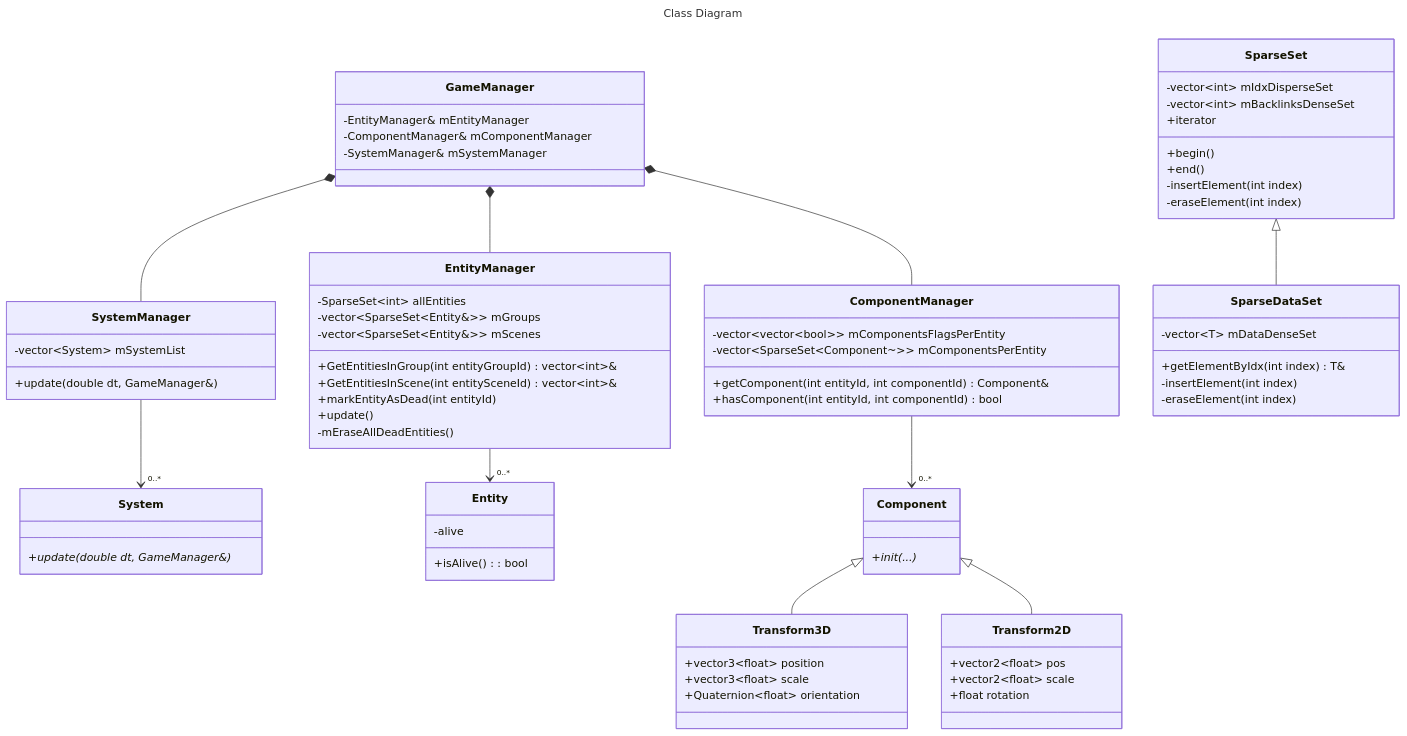
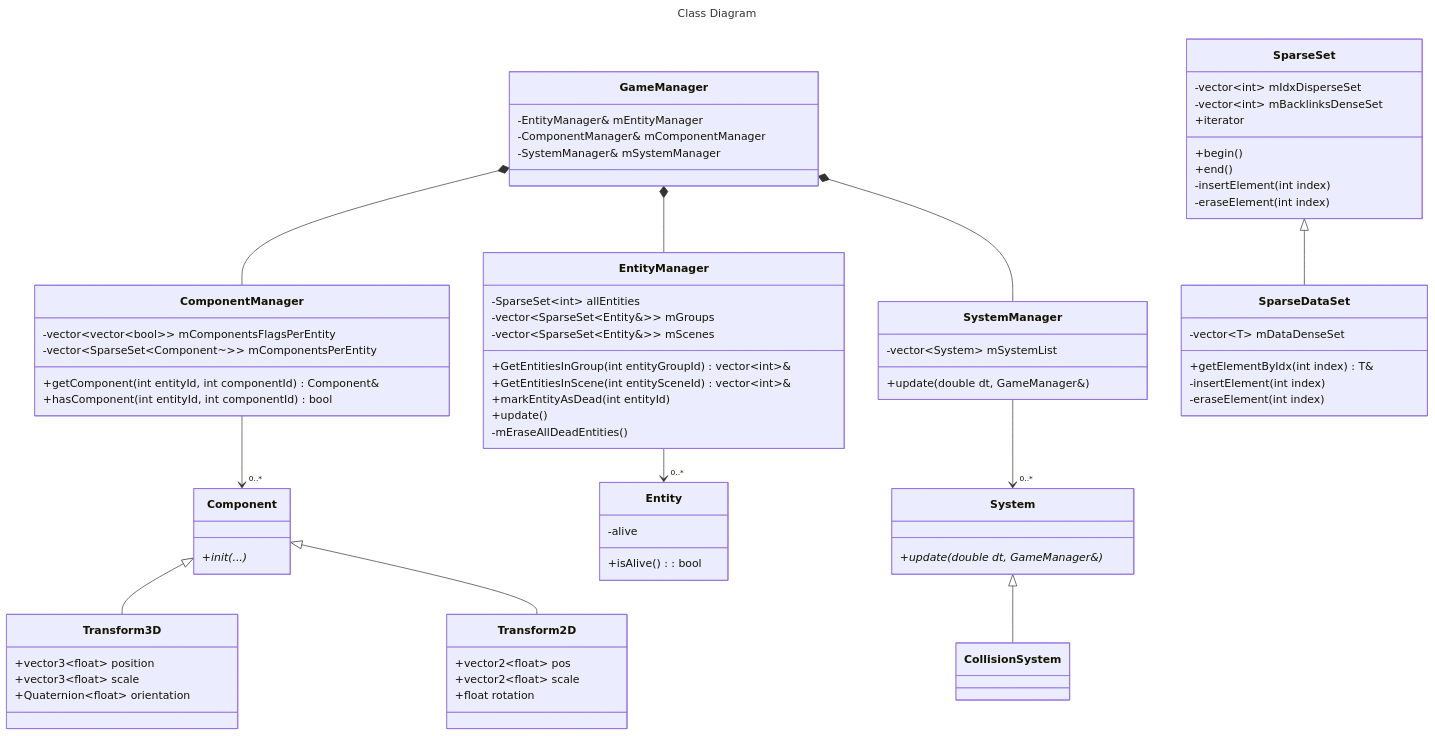
One commit to IzanDeVegaLopez/Proyectos3_GDV_2025_26 changed the second of 2 diagrams in documentation/architecture.md. Above: the diagram before and after it, drawn with Mermaid.

Commit message:
Add CollisionSystem to architecture documentation

````diff
--- a/documentation/architecture.md
+++ b/documentation/architecture.md
@@ -34,75 +34,76 @@
 ```mermaid
 ---
 title: Class Diagram
 ---
 classDiagram
 	GameManager *-- EntityManager
 	GameManager *-- ComponentManager
 	GameManager *-- SystemManager
 	SystemManager --> "0..*" System
 	EntityManager --> "0..*" Entity
 	ComponentManager --> "0..*" Component
 	Component <|-- Transform3D  
 	Component <|-- Transform2D
+	System <|-- CollisionSystem
 	SparseSet <|-- SparseDataSet
 	class Entity{
 		-alive
 		+isAlive() : bool
 	}
 	class Component{
 		+init(...)*
 	}
 	class SystemManager{
 		-vector~System~ mSystemList
 		+update(double dt, GameManager&)
 	}
 	class System{
 		+update(double dt, GameManager&)*
 	}
 	class ComponentManager{
 		-vector~vector~bool~~ mComponentsFlagsPerEntity
 		-vector~SparseSet~Component~~~ mComponentsPerEntity
 		+getComponent(int entityId, int componentId) Component&
 		+hasComponent(int entityId, int componentId) bool
 	}
 	class GameManager{
 		-EntityManager& mEntityManager
 		-ComponentManager& mComponentManager
 		-SystemManager& mSystemManager
 	}
     class EntityManager{
         -SparseSet~int~ allEntities
 		-vector~SparseSet~Entity&~~ mGroups
 		-vector~SparseSet~Entity&~~ mScenes
 		+GetEntitiesInGroup(int entityGroupId) vector~int~&
 		+GetEntitiesInScene(int entitySceneId) vector~int~&
 		+markEntityAsDead(int entityId)
 		+update()
 		-mEraseAllDeadEntities()
     }
 	class SparseSet{
 		-vector~int~ mIdxDisperseSet
 		-vector~int~ mBacklinksDenseSet
 		+iterator
 		+begin()
 		+end()
 		-insertElement(int index)
 		-eraseElement(int index)
 	}
     class SparseDataSet~T~{
 		-vector~T~ mDataDenseSet
 		+getElementByIdx(int index) T&
 		-insertElement(int index)
 		-eraseElement(int index)
     }
 	class Transform3D{
 		+vector3~float~ position
 		+vector3~float~ scale
 		+Quaternion~float~ orientation
 	}
 	class Transform2D{
 		+vector2~float~ pos
 		+vector2~float~ scale
 		+float rotation
 	}
 ```
````
